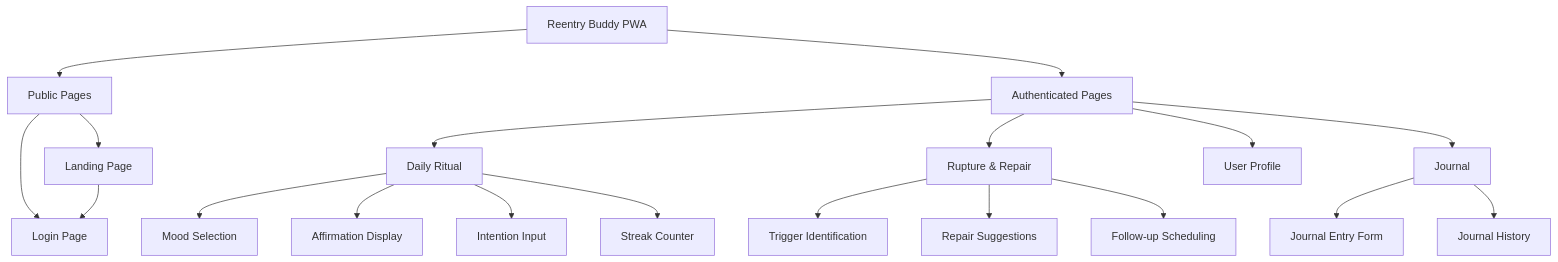
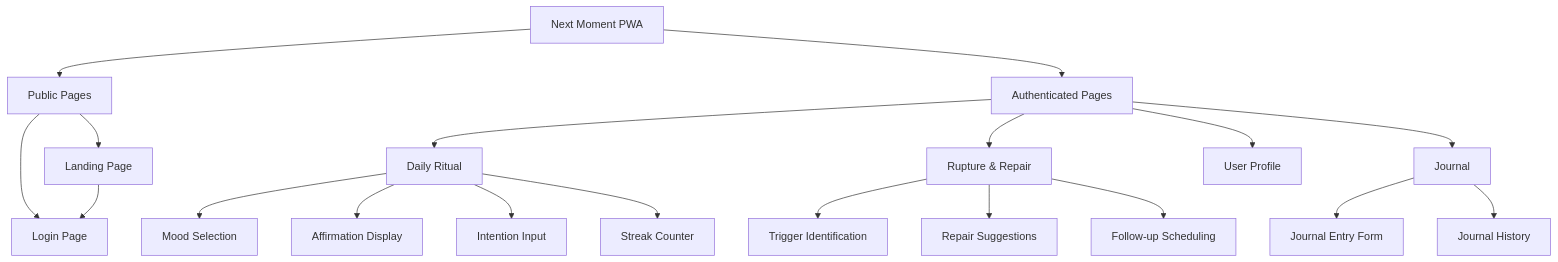
One commit to Tim-Quattrochi/Rbuddy-V1 changed the first of 5 diagrams in docs/front-end-spec.md. Above: the diagram before and after it, drawn with Mermaid. The commit also changed other lines of this file and 54 other files, not shown here.

````diff
--- a/docs/front-end-spec.md
+++ b/docs/front-end-spec.md
@@ -75,27 +75,27 @@
 ```mermaid
 graph TD
-    A[Reentry Buddy PWA] --> B[Public Pages]
+    A[Next Moment PWA] --> B[Public Pages]
     A --> C[Authenticated Pages]
 
     B --> B1[Landing Page]
     B --> B2[Login Page]
 
     B1 --> B2
 
     C --> C1[Daily Ritual]
     C --> C2[Rupture & Repair]
     C --> C3[Journal]
     C --> C4[User Profile]
 
     C1 --> C1a[Mood Selection]
     C1 --> C1b[Affirmation Display]
     C1 --> C1c[Intention Input]
     C1 --> C1d[Streak Counter]
 
     C2 --> C2a[Trigger Identification]
     C2 --> C2b[Repair Suggestions]
     C2 --> C2c[Follow-up Scheduling]
 
     C3 --> C3a[Journal Entry Form]
     C3 --> C3b[Journal History]
 ```
````
